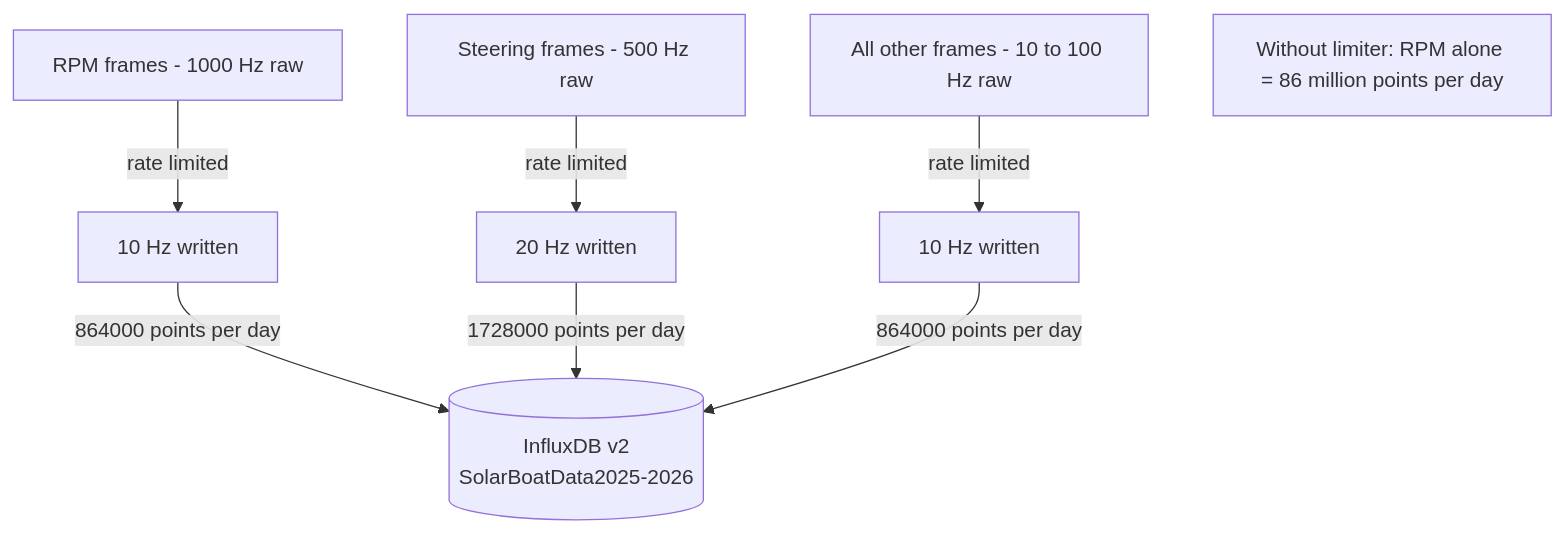
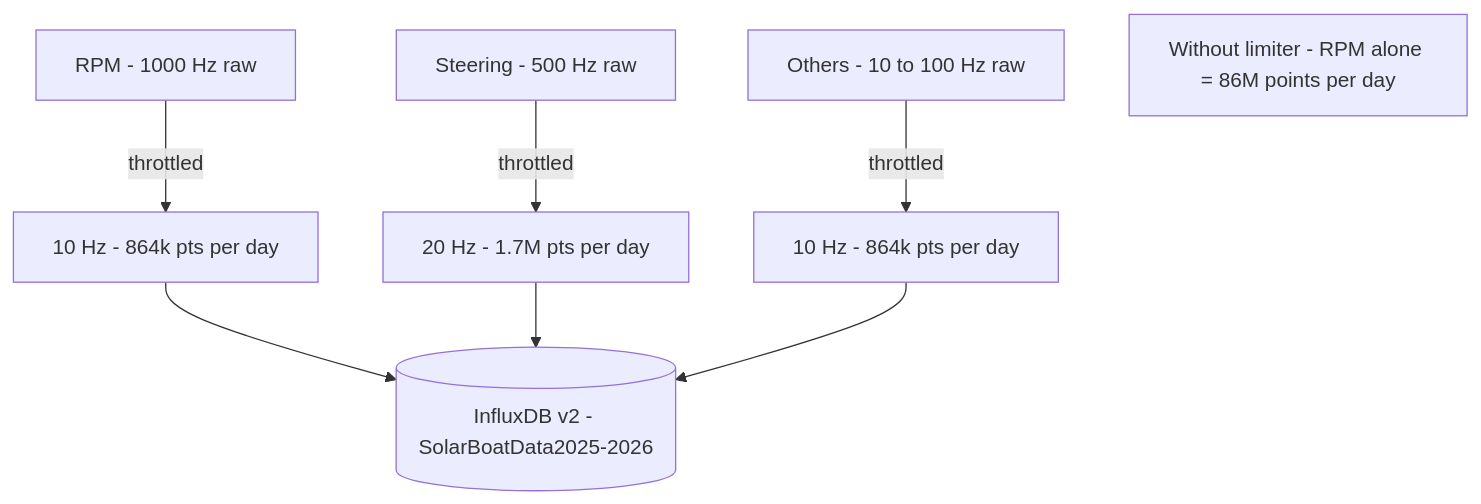
One commit to Cal-Poly-Pomona-Solar-Boat/CPPSolarBoat2025 changed the eighth of 8 diagrams in Node-Red-TestCode/danielCode/README.md. Above: the diagram before and after it, drawn with Mermaid. The commit also changed other lines of this file, not shown here.

````diff
--- a/Node-Red-TestCode/danielCode/README.md
+++ b/Node-Red-TestCode/danielCode/README.md
@@ -252,18 +214,8 @@
 ```mermaid
 graph TD
-    RPM[RPM frames - 1000 Hz raw]
-    ST[Steering frames - 500 Hz raw]
-    OT[All other frames - 10 to 100 Hz raw]
-
-    RPM -->|rate limited| W1[10 Hz written]
-    ST -->|rate limited| W2[20 Hz written]
-    OT -->|rate limited| W3[10 Hz written]
-
-    W1 -->|864000 points per day| DB
-    W2 -->|1728000 points per day| DB
-    W3 -->|864000 points per day| DB
-
-    DB[(InfluxDB v2\nSolarBoatData2025-2026)]
-
-    NOTE["Without limiter: RPM alone = 86 million points per day"]
+    RPM[RPM - 1000 Hz raw] -->|throttled| W1[10 Hz - 864k pts per day]
+    ST[Steering - 500 Hz raw] -->|throttled| W2[20 Hz - 1.7M pts per day]
+    OT[Others - 10 to 100 Hz raw] -->|throttled| W3[10 Hz - 864k pts per day]
+    W1 & W2 & W3 --> DB[(InfluxDB v2 - SolarBoatData2025-2026)]
+    WARN[Without limiter - RPM alone = 86M points per day]
 ```
````
